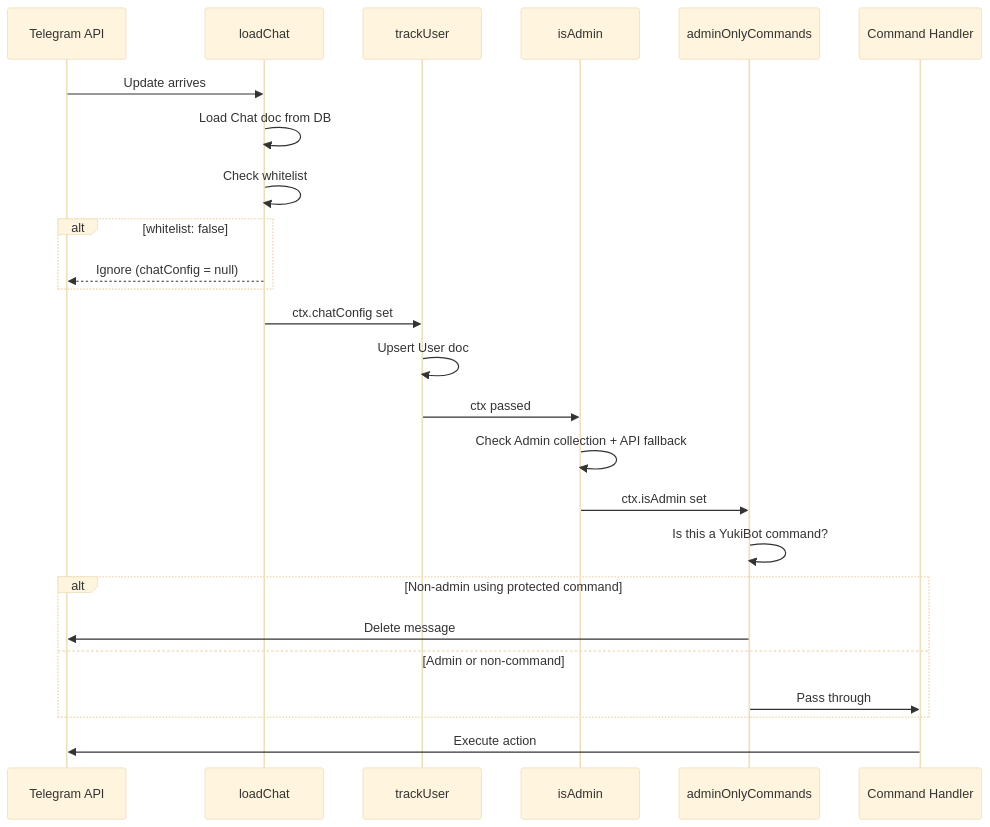
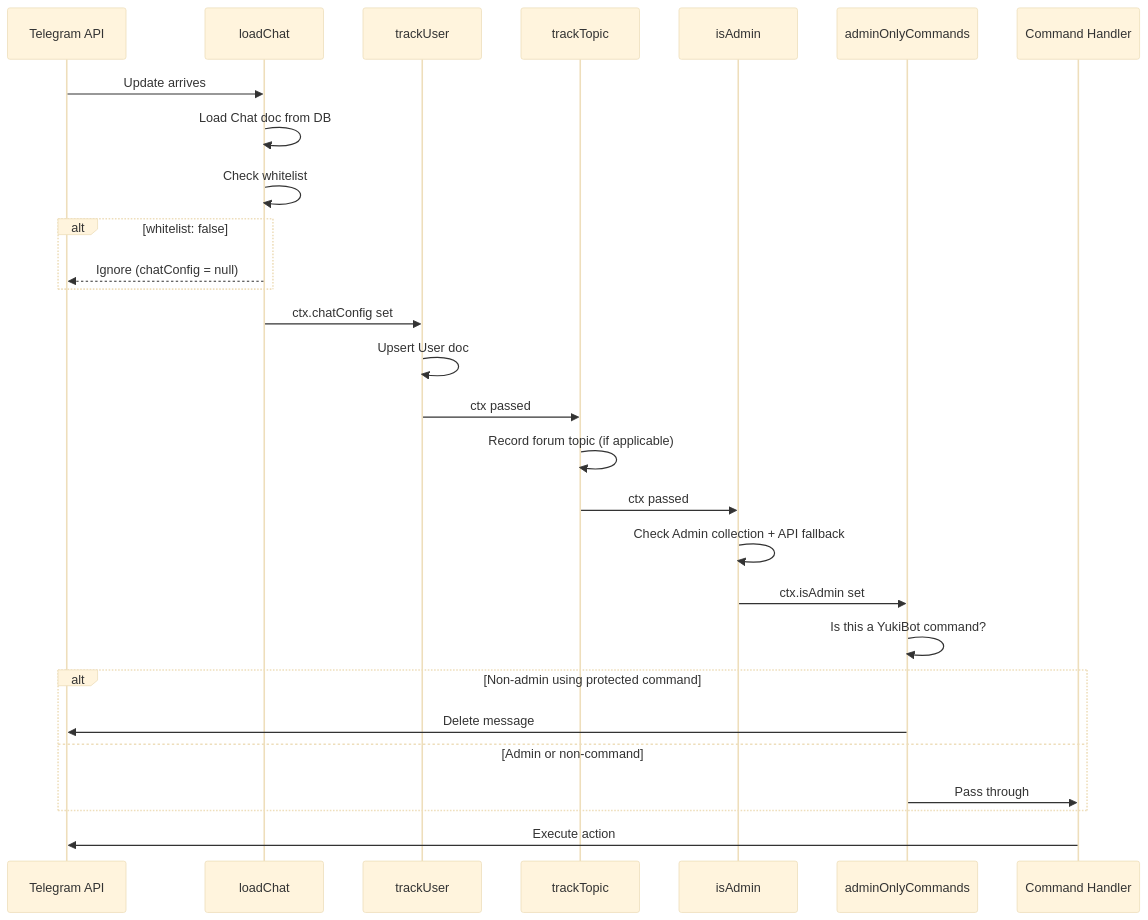
Before and after one commit to Yuki44/YukiBot-Telegram-Admin: the fourth of 10 diagrams in docs/architecture.md, drawn with Mermaid (base theme). The commit also changed other lines of this file and 8 other files, not shown here.

````diff
--- a/docs/architecture.md
+++ b/docs/architecture.md
@@ -104,28 +129,31 @@
 ```mermaid
 sequenceDiagram
   participant T as Telegram API
   participant LC as loadChat
   participant TU as trackUser
+  participant TT as trackTopic
   participant IA as isAdmin
   participant AO as adminOnlyCommands
   participant CMD as Command Handler
 
   T->>LC: Update arrives
   LC->>LC: Load Chat doc from DB
   LC->>LC: Check whitelist
   alt whitelist: false
     LC-->>T: Ignore (chatConfig = null)
   end
   LC->>TU: ctx.chatConfig set
   TU->>TU: Upsert User doc
-  TU->>IA: ctx passed
+  TU->>TT: ctx passed
+  TT->>TT: Record forum topic (if applicable)
+  TT->>IA: ctx passed
   IA->>IA: Check Admin collection + API fallback
   IA->>AO: ctx.isAdmin set
   AO->>AO: Is this a YukiBot command?
   alt Non-admin using protected command
     AO->>T: Delete message
   else Admin or non-command
     AO->>CMD: Pass through
   end
   CMD->>T: Execute action
 ```
````
